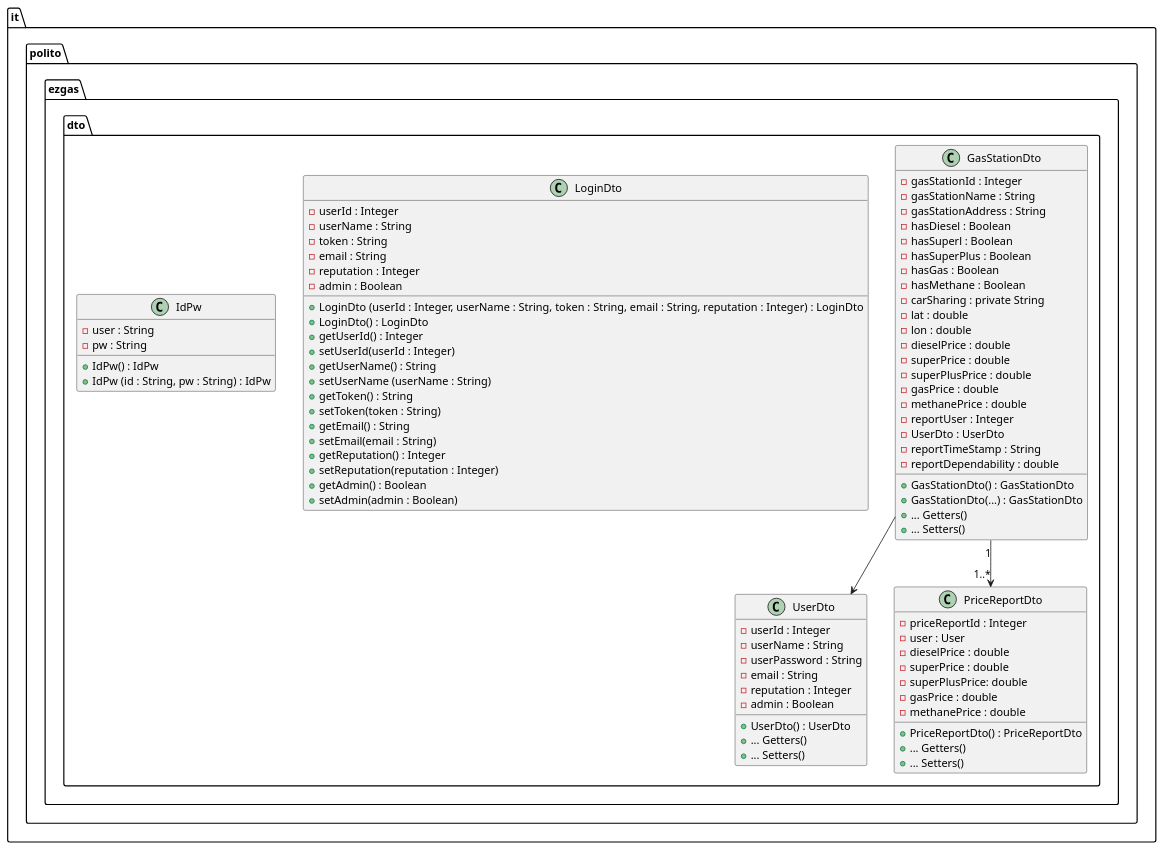
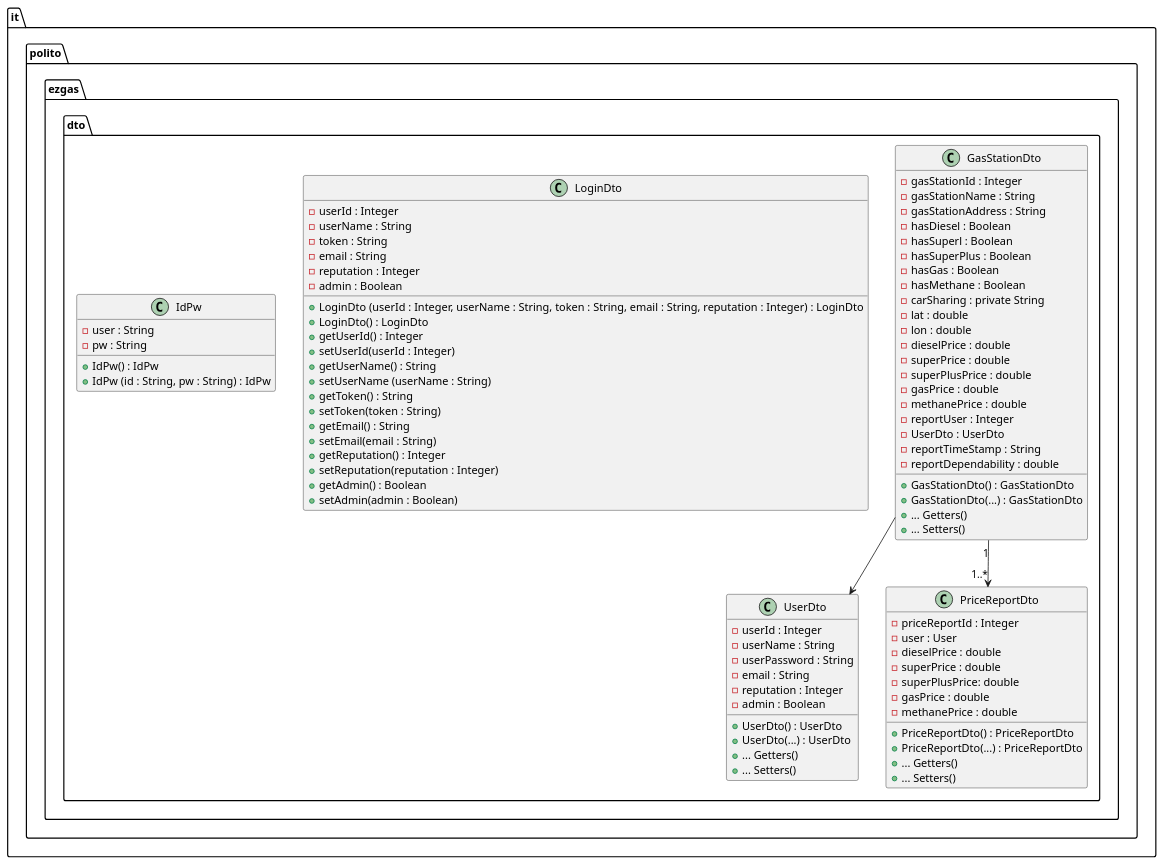
One commit to lucarinelli/ezgas changed the sixth of 12 diagrams in docs/DesignDocument.md. Above: the diagram before and after it, drawn with PlantUML. The commit also changed other lines of this file, not shown here.

Commit message:
docs: splitted class diagram in sub-diagrams for each package

```diff
--- a/docs/DesignDocument.md
+++ b/docs/DesignDocument.md
@@ -340,6 +332,7 @@
             -reputation : Integer
             -admin : Boolean
             +UserDto() : UserDto
+            +UserDto(...) : UserDto
             + ... Getters()
             + ... Setters()
         }
@@ -374,6 +367,7 @@
             -gasPrice : double
             -methanePrice : double
             +PriceReportDto() : PriceReportDto
+            +PriceReportDto(...) : PriceReportDto
             + ... Getters()
             + ... Setters()
         }
```
